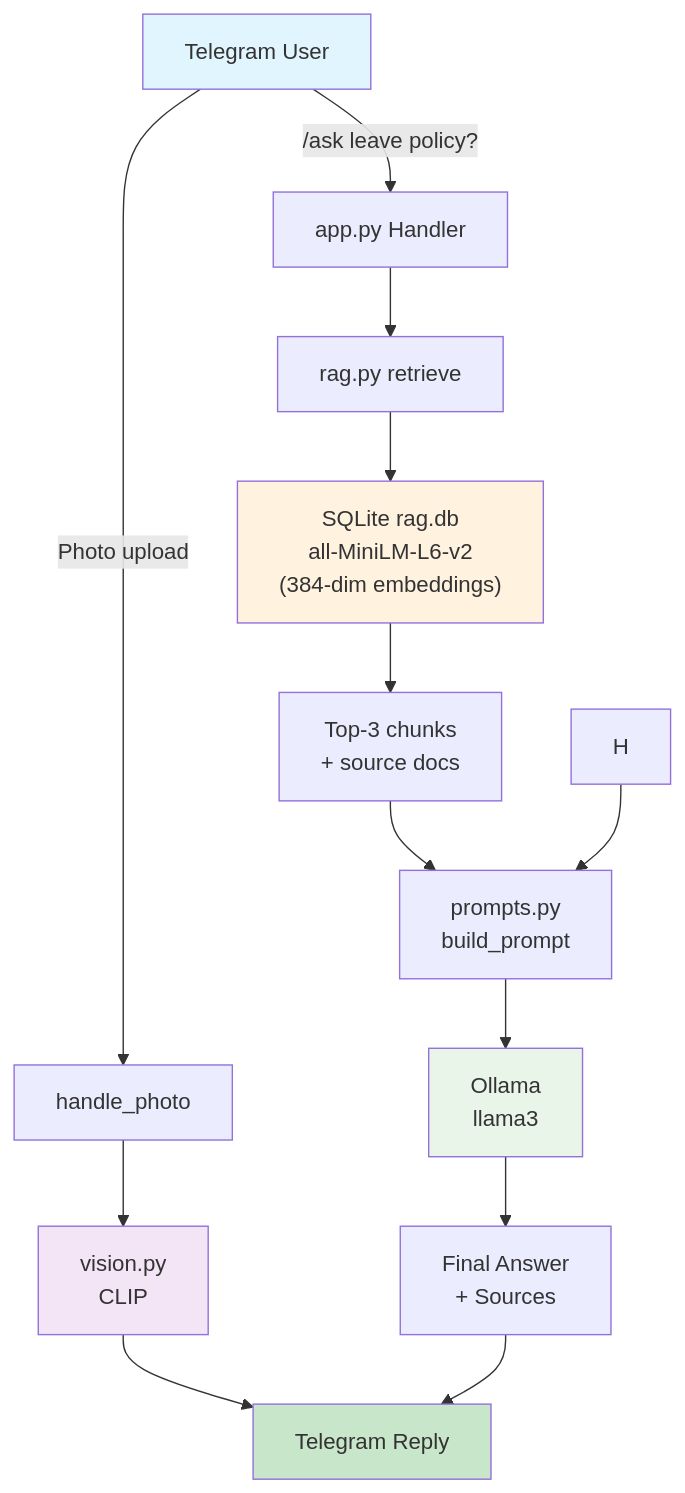
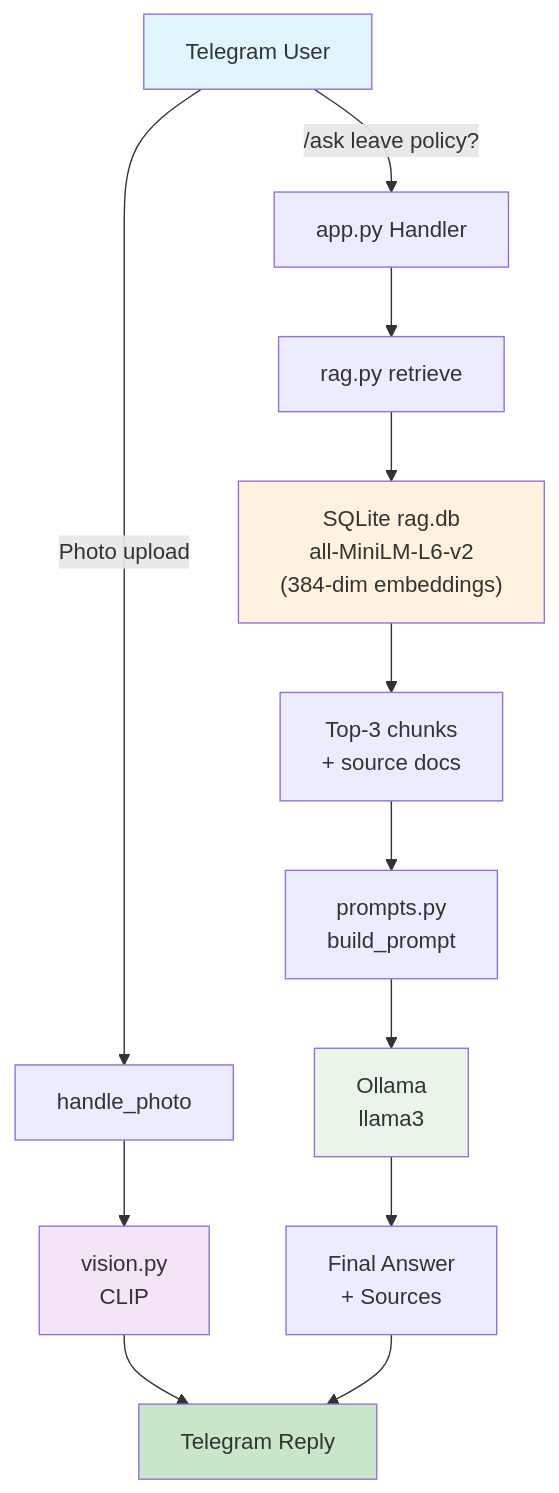
One commit to sheiksyedmk/telegram-rag-vision-bot changed the diagram in README.md. Above: the diagram before and after it, drawn with Mermaid.

Commit message:
readme modified

````diff
--- a/README.md
+++ b/README.md
@@ -131,26 +131,25 @@
 ```mermaid
 graph TD
     A[Telegram User] -->|"/ask leave policy?"| B[app.py Handler]
     A -->|"Photo upload"| C[handle_photo]
     
     B --> D[rag.py retrieve]
     D --> E["SQLite rag.db<br/>all-MiniLM-L6-v2<br/>(384-dim embeddings)"]
     E --> F["Top-3 chunks<br/>+ source docs"]
     
     C --> G["vision.py<br/>CLIP"]
-    G --> L["Caption +<br/>3 tags"]
+    G --> K["Caption +<br/>3 tags"]
     
-    F --> I[prompts.py<br/>build_prompt]
-    H --> I
-    I --> J["Ollama<br/>llama3"]
-    J --> K["Final Answer<br/>+ Sources"]
+    F --> H[prompts.py<br/>build_prompt]
+    H --> I["Ollama<br/>llama3"]
+    I --> J["Final Answer<br/>+ Sources"]
     
-    K --> L[Telegram Reply]
+    J --> K[Telegram Reply]
     
     style A fill:#e1f5fe
-    style L fill:#c8e6c9
+    style K fill:#c8e6c9
     style E fill:#fff3e0
     style G fill:#f3e5f5
-    style J fill:#e8f5e8
+    style I fill:#e8f5e8
 
 ```
````
